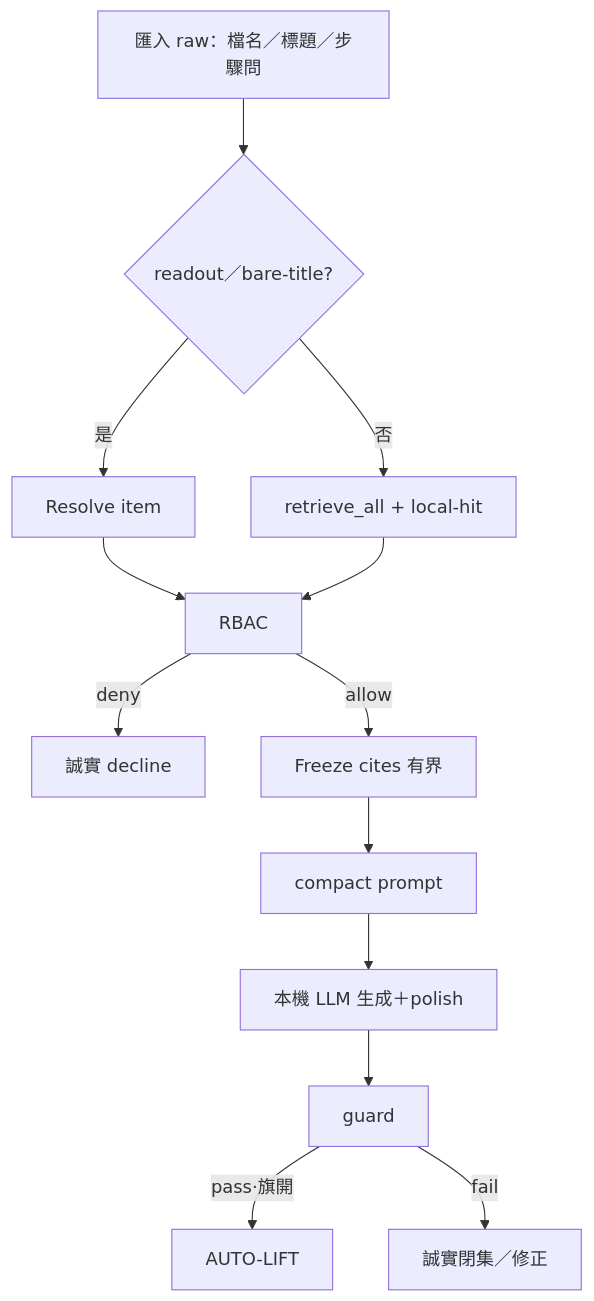
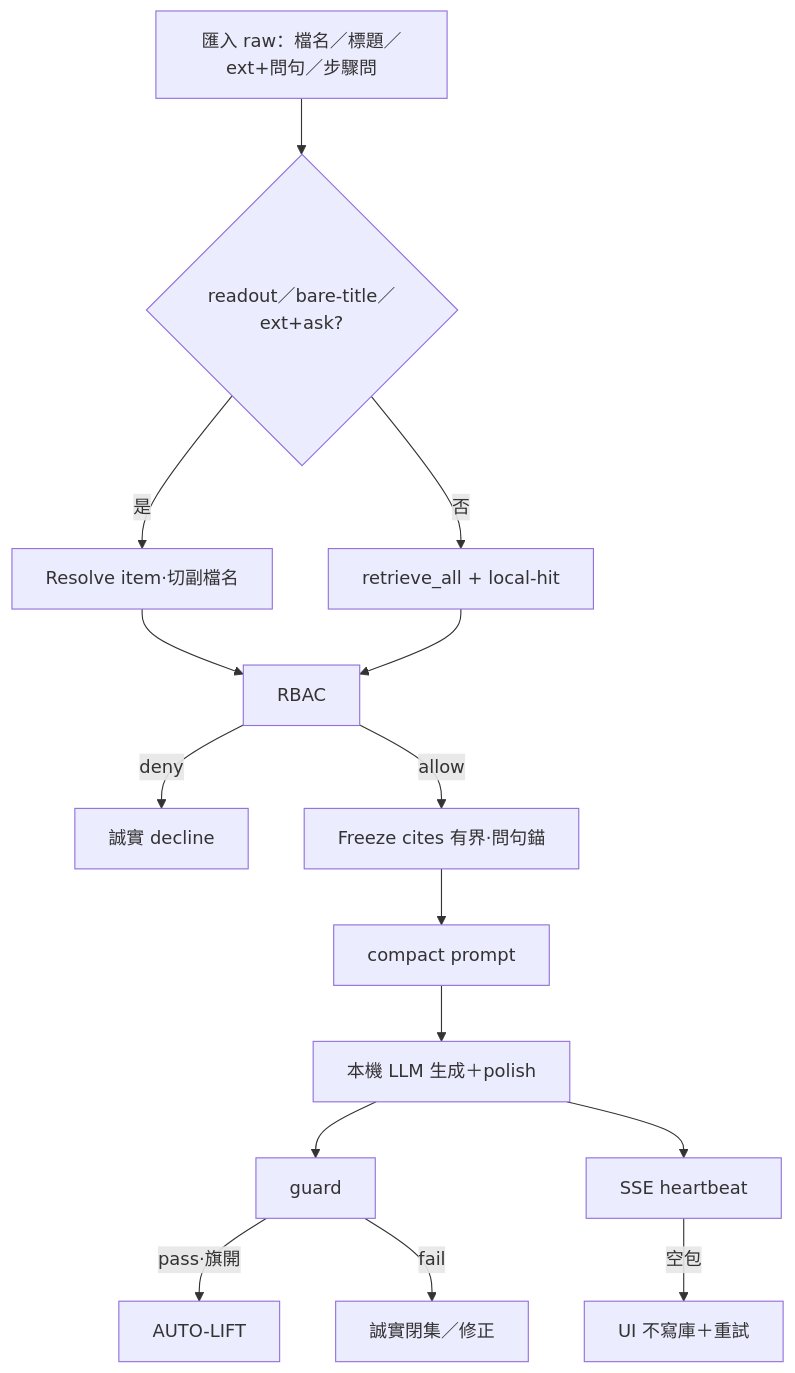
Before and after one commit to tsaitsangchi/augur: the diagram in reports/augur_local_ai_kh_loop_evolve_opt_plan_20260806_readout.md, drawn with Mermaid. The commit also changed other lines of this file and 123 other files, not shown here.

````diff
--- a/reports/augur_local_ai_kh_loop_evolve_opt_plan_20260806_readout.md
+++ b/reports/augur_local_ai_kh_loop_evolve_opt_plan_20260806_readout.md
@@ -94,15 +94,17 @@
 ```mermaid
 flowchart TD
-  Q[匯入 raw：檔名／標題／步驟問] --> I{readout／bare-title?}
-  I -->|是| R[Resolve item]
+  Q[匯入 raw：檔名／標題／ext+問句／步驟問] --> I{readout／bare-title／ext+ask?}
+  I -->|是| R[Resolve item·切副檔名]
   I -->|否| S[retrieve_all + local-hit]
   R --> A[RBAC]
   S --> A
   A -->|deny| D[誠實 decline]
-  A -->|allow| F[Freeze cites 有界]
+  A -->|allow| F[Freeze cites 有界·問句錨]
   F --> C[compact prompt]
   C --> L[本機 LLM 生成＋polish]
   L --> G[guard]
   G -->|pass·旗開| Lift[AUTO-LIFT]
   G -->|fail| H[誠實閉集／修正]
+  L --> HB[SSE heartbeat]
+  HB -->|空包| UIx[UI 不寫庫＋重試]
 ```
````
